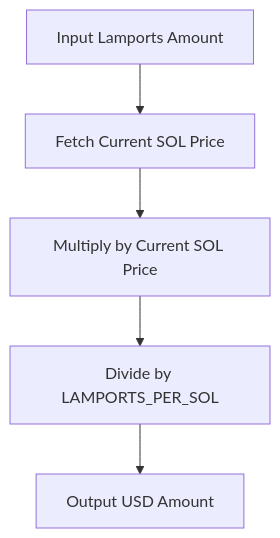
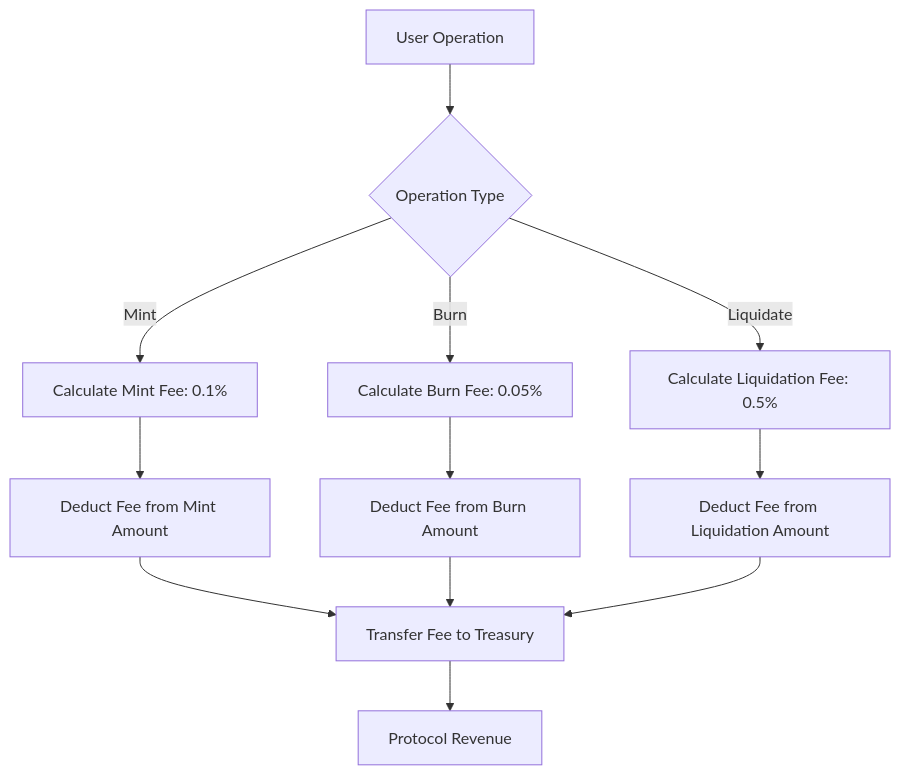
The sixth of 7 diagrams in README.md (AymanF10/Stable-Coin), drawn with Mermaid before and after one commit. The commit also changed other lines of this file and 17 other files, not shown here.

````diff
--- a/README.md
+++ b/README.md
@@ -120,7 +151,14 @@
 ```mermaid
 flowchart TD
-    A[Input Lamports Amount] --> B[Fetch Current SOL Price]
-    B --> C[Multiply by Current SOL Price]
-    C --> D[Divide by LAMPORTS_PER_SOL]
-    D --> E[Output USD Amount]
+    A[User Operation] --> B{Operation Type}
+    B -->|Mint| C[Calculate Mint Fee: 0.1%]
+    B -->|Burn| D[Calculate Burn Fee: 0.05%]
+    B -->|Liquidate| E[Calculate Liquidation Fee: 0.5%]
+    C --> F[Deduct Fee from Mint Amount]
+    D --> G[Deduct Fee from Burn Amount]
+    E --> H[Deduct Fee from Liquidation Amount]
+    F --> I[Transfer Fee to Treasury]
+    G --> I
+    H --> I
+    I --> J[Protocol Revenue]
 ```
````
